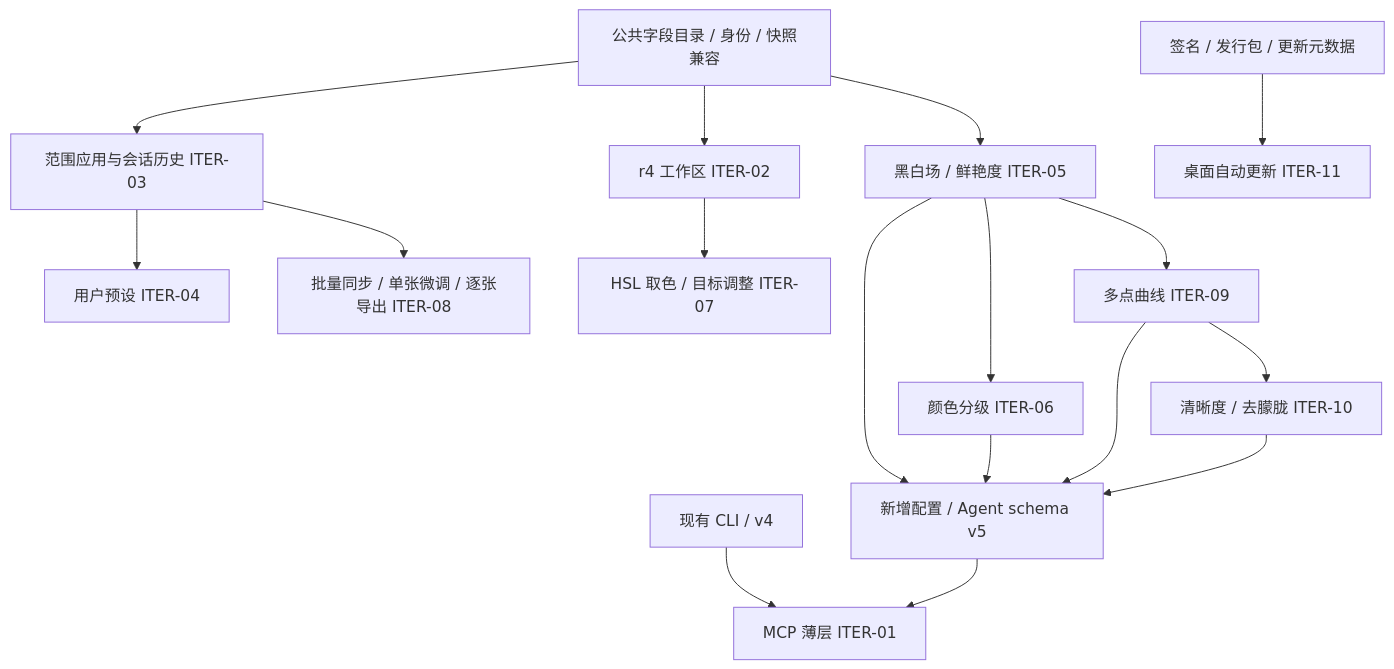
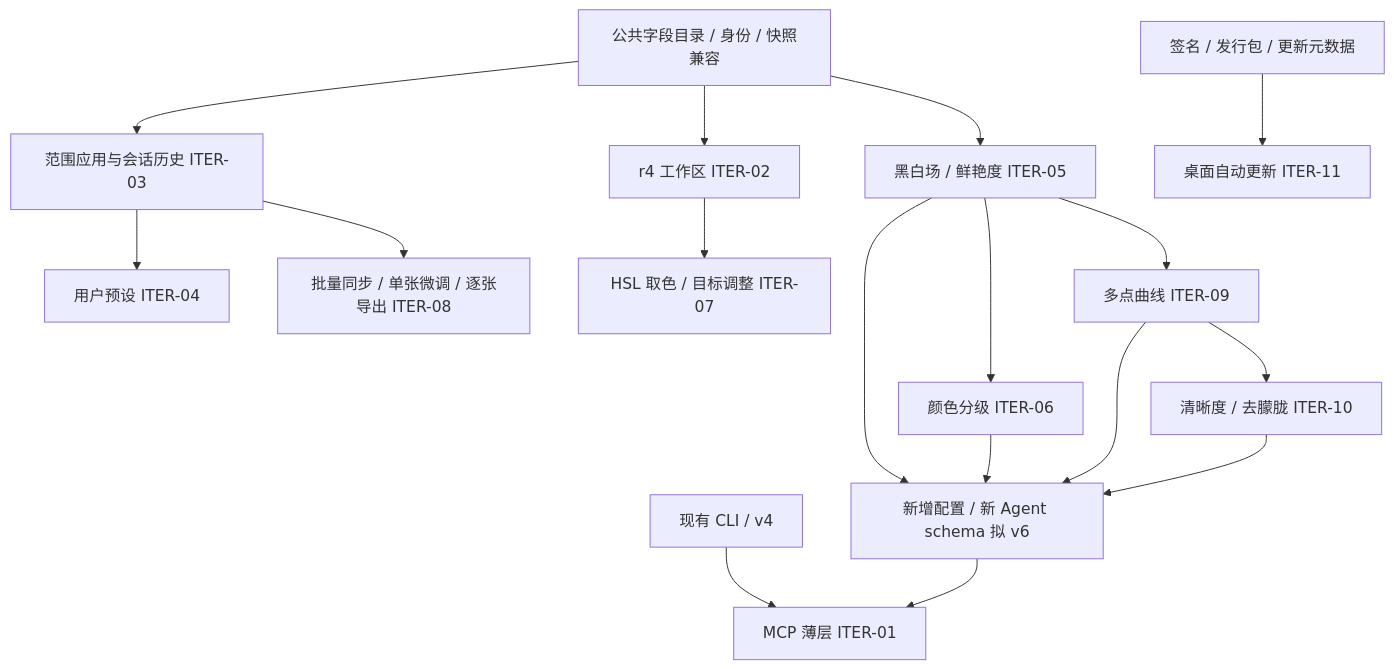
Before and after one commit to dancancer/RawLab: the diagram in docs/design/editing-iteration/technical-design.md, drawn with Mermaid. The commit also changed other lines of this file and 5 other files, not shown here.

````diff
--- a/docs/design/editing-iteration/technical-design.md
+++ b/docs/design/editing-iteration/technical-design.md
@@ -20,19 +20,19 @@
 ```mermaid
 flowchart TD
     C[公共字段目录 / 身份 / 快照兼容] --> UI[r4 工作区 ITER-02]
     C --> P[范围应用与会话历史 ITER-03]
     P --> U[用户预设 ITER-04]
     P --> B[批量同步 / 单张微调 / 逐张导出 ITER-08]
     C --> T[黑白场 / 鲜艳度 ITER-05]
     T --> G[颜色分级 ITER-06]
     UI --> H[HSL 取色 / 目标调整 ITER-07]
     T --> Q[多点曲线 ITER-09]
     Q --> A[清晰度 / 去朦胧 ITER-10]
     CLI[现有 CLI / v4] --> M[MCP 薄层 ITER-01]
-    T --> V[新增配置 / Agent schema v5]
+    T --> V[新增配置 / 新 Agent schema 拟 v6]
     G --> V
     Q --> V
     A --> V
     V --> M
     R[签名 / 发行包 / 更新元数据] --> D[桌面自动更新 ITER-11]
 ```
````
